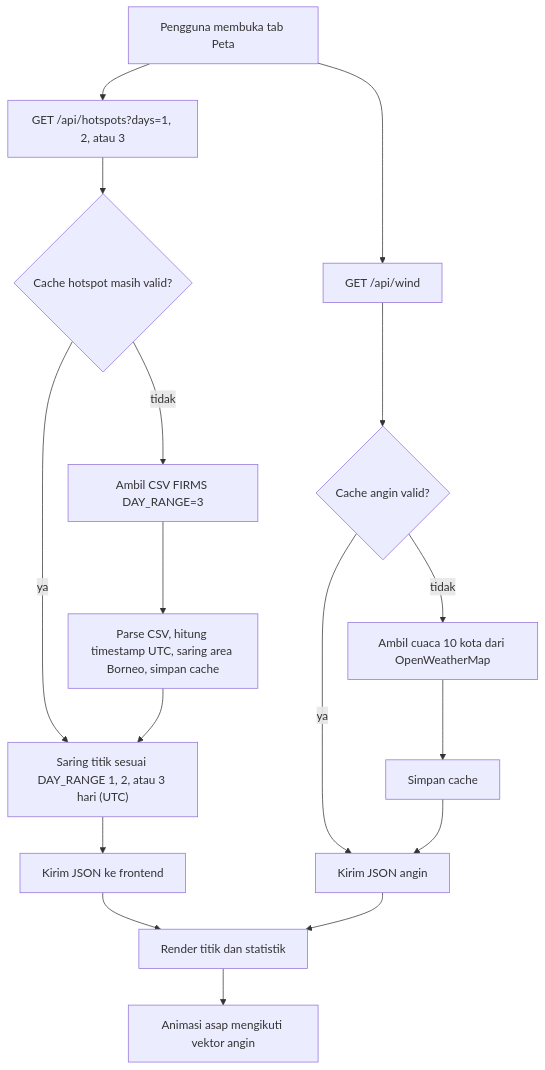
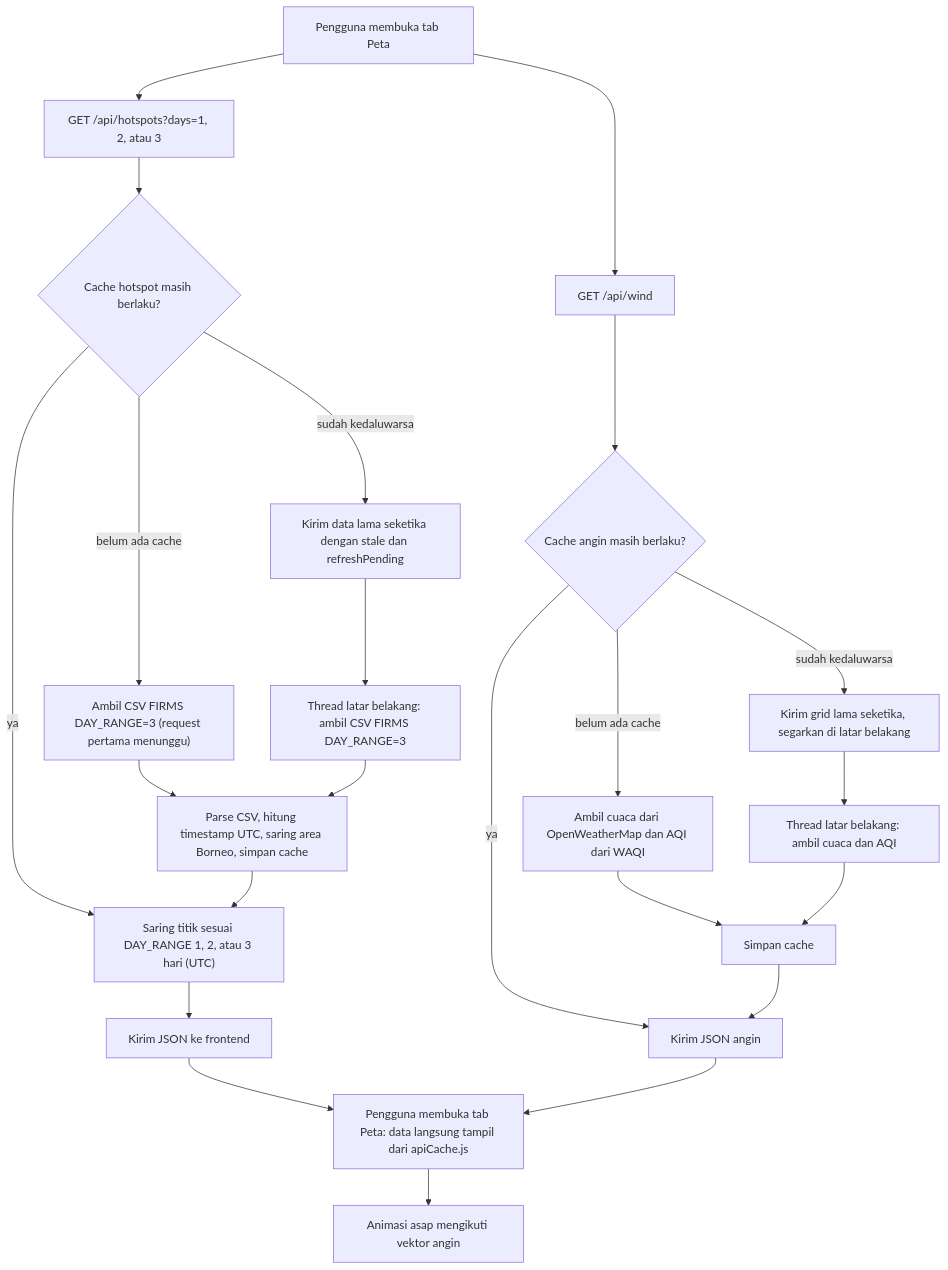
One commit to hissyam90/kalimantan-wildfire-hotspot-detection changed the second of 3 diagrams in docs/PRD.md. Above: the diagram before and after it, drawn with Mermaid. The commit also changed other lines of this file and 8 other files, not shown here.

First line of the commit message:
feat(cache): cache-first + refresh di latar belakang untuk hotspot dan cuaca

````diff
--- a/docs/PRD.md
+++ b/docs/PRD.md
@@ -149,19 +150,25 @@
 ```mermaid
 flowchart TD
   A["Pengguna membuka tab Peta"] --> B["GET /api/hotspots?days=1, 2, atau 3"]
   A --> H["GET /api/wind"]
-  B --> C{"Cache hotspot masih valid?"}
+  B --> C{"Cache hotspot masih berlaku?"}
   C -->|ya| F["Saring titik sesuai DAY_RANGE 1, 2, atau 3 hari (UTC)"]
-  C -->|tidak| D["Ambil CSV FIRMS DAY_RANGE=3"]
+  C -->|sudah kedaluwarsa| F2["Kirim data lama seketika dengan stale dan refreshPending"]
+  C -->|belum ada cache| D["Ambil CSV FIRMS DAY_RANGE=3 (request pertama menunggu)"]
+  F2 --> D2["Thread latar belakang: ambil CSV FIRMS DAY_RANGE=3"]
   D --> E["Parse CSV, hitung timestamp UTC, saring area Borneo, simpan cache"]
+  D2 --> E
   E --> F
   F --> G["Kirim JSON ke frontend"]
-  H --> I{"Cache angin valid?"}
+  H --> I{"Cache angin masih berlaku?"}
   I -->|ya| L["Kirim JSON angin"]
-  I -->|tidak| J["Ambil cuaca 10 kota dari OpenWeatherMap"]
+  I -->|sudah kedaluwarsa| L2["Kirim grid lama seketika, segarkan di latar belakang"]
+  I -->|belum ada cache| J["Ambil cuaca dari OpenWeatherMap dan AQI dari WAQI"]
+  L2 --> J2["Thread latar belakang: ambil cuaca dan AQI"]
   J --> K["Simpan cache"]
+  J2 --> K
   K --> L
-  G --> M["Render titik dan statistik"]
+  G --> M["Pengguna membuka tab Peta: data langsung tampil dari apiCache.js"]
   L --> M
   M --> N["Animasi asap mengikuti vektor angin"]
 ```
````
